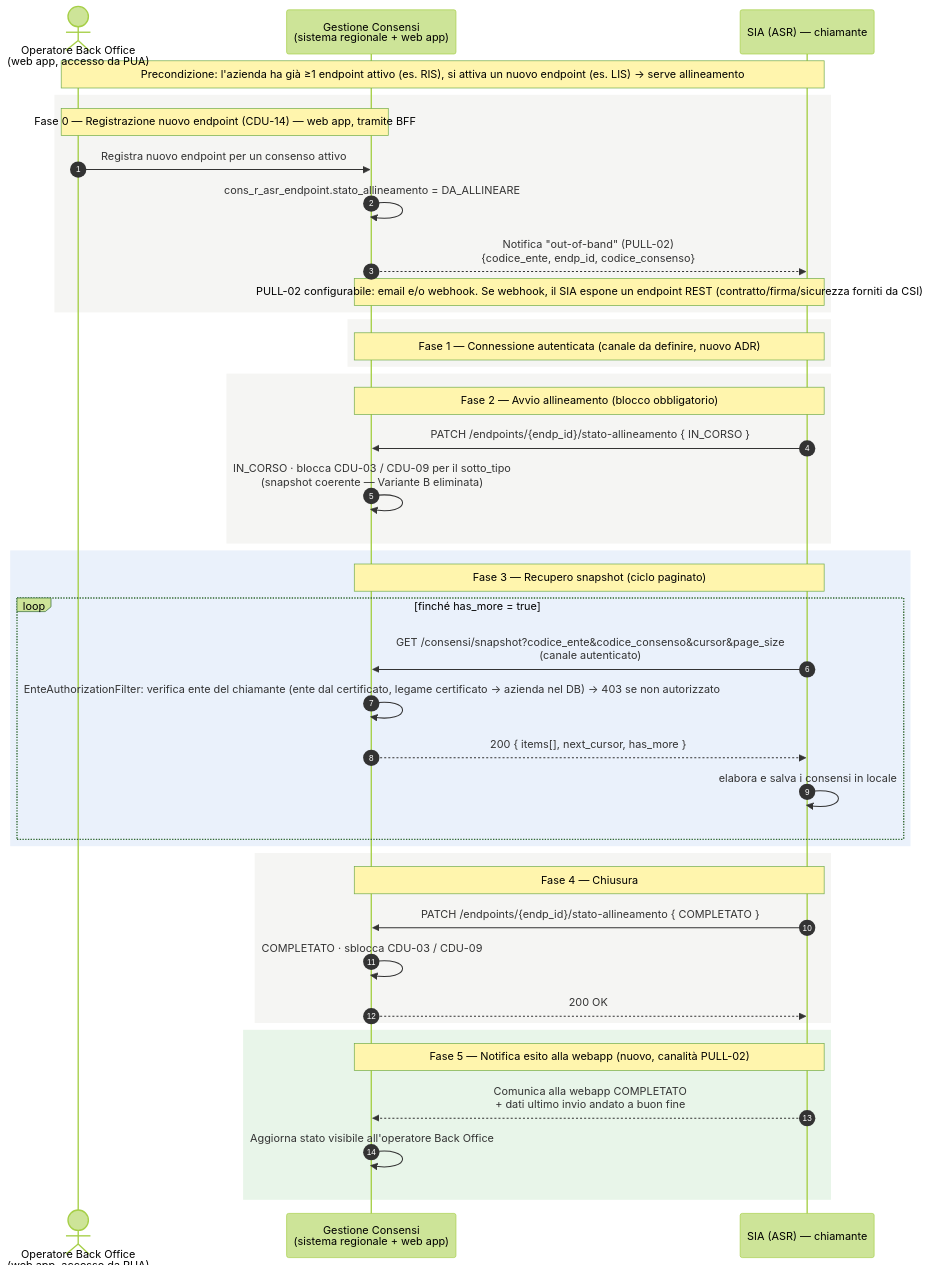
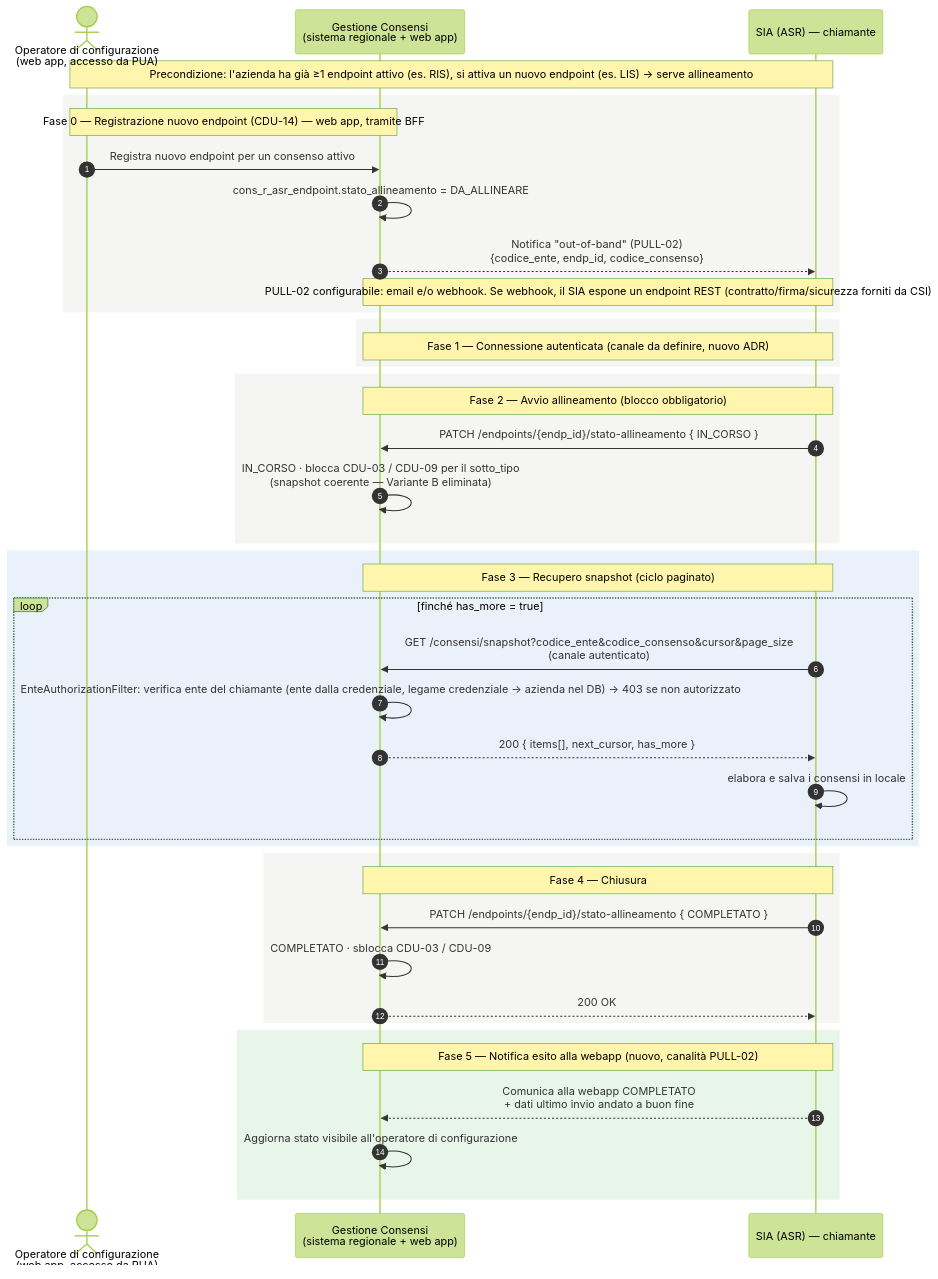
Before and after one commit to caccu/srs_cons_git_exprivia: the second of 2 diagrams in src/site/notes/CDU-17_diagramma-sequenza.md, drawn with Mermaid (forest theme). The commit also changed other lines of this file and 4 other files, not shown here.

````diff
--- a/src/site/notes/CDU-17_diagramma-sequenza.md
+++ b/src/site/notes/CDU-17_diagramma-sequenza.md
@@ -67,50 +97,50 @@
 ```mermaid
 sequenceDiagram
     autonumber
-    actor OP as Operatore Back Office<br/>(web app, accesso da PUA)
+    actor OP as Operatore di configurazione<br/>(web app, accesso da PUA)
     participant GC as Gestione Consensi<br/>(sistema regionale + web app)
     participant SIA as SIA (ASR) — chiamante
 
     Note over OP,SIA: Precondizione: l'azienda ha già ≥1 endpoint attivo (es. RIS), si attiva un nuovo endpoint (es. LIS) → serve allineamento
 
     rect rgb(245,245,243)
     Note over OP,GC: Fase 0 — Registrazione nuovo endpoint (CDU-14) — web app, tramite BFF
     OP->>GC: Registra nuovo endpoint per un consenso attivo
     GC->>GC: cons_r_asr_endpoint.stato_allineamento = DA_ALLINEARE
     GC-->>SIA: Notifica "out-of-band" (PULL-02)<br/>{codice_ente, endp_id, codice_consenso}
     Note over GC,SIA: PULL-02 configurabile: email e/o webhook. Se webhook, il SIA espone un endpoint REST (contratto/firma/sicurezza forniti da CSI)
     end
 
     rect rgb(245,245,243)
     Note over SIA,GC: Fase 1 — Connessione autenticata (canale da definire, nuovo ADR)
     end
 
     rect rgb(245,245,243)
     Note over SIA,GC: Fase 2 — Avvio allineamento (blocco obbligatorio)
     SIA->>GC: PATCH /endpoints/{endp_id}/stato-allineamento { IN_CORSO }
     GC->>GC: IN_CORSO · blocca CDU-03 / CDU-09 per il sotto_tipo<br/>(snapshot coerente — Variante B eliminata)
     end
 
     rect rgb(234,241,251)
     Note over SIA,GC: Fase 3 — Recupero snapshot (ciclo paginato)
     loop finché has_more = true
         SIA->>GC: GET /consensi/snapshot?codice_ente&codice_consenso&cursor&page_size<br/>(canale autenticato)
-        GC->>GC: EnteAuthorizationFilter: verifica ente del chiamante (ente dal certificato, legame certificato → azienda nel DB) → 403 se non autorizzato
+        GC->>GC: EnteAuthorizationFilter: verifica ente del chiamante (ente dalla credenziale, legame credenziale → azienda nel DB) → 403 se non autorizzato
         GC-->>SIA: 200 { items[], next_cursor, has_more }
         SIA->>SIA: elabora e salva i consensi in locale
     end
     end
 
     rect rgb(245,245,243)
     Note over SIA,GC: Fase 4 — Chiusura
     SIA->>GC: PATCH /endpoints/{endp_id}/stato-allineamento { COMPLETATO }
     GC->>GC: COMPLETATO · sblocca CDU-03 / CDU-09
     GC-->>SIA: 200 OK
     end
 
     rect rgb(232,245,233)
     Note over SIA,GC: Fase 5 — Notifica esito alla webapp (nuovo, canalità PULL-02)
     SIA-->>GC: Comunica alla webapp COMPLETATO<br/>+ dati ultimo invio andato a buon fine
-    GC->>GC: Aggiorna stato visibile all'operatore Back Office
+    GC->>GC: Aggiorna stato visibile all'operatore di configurazione
     end
 ```
````
